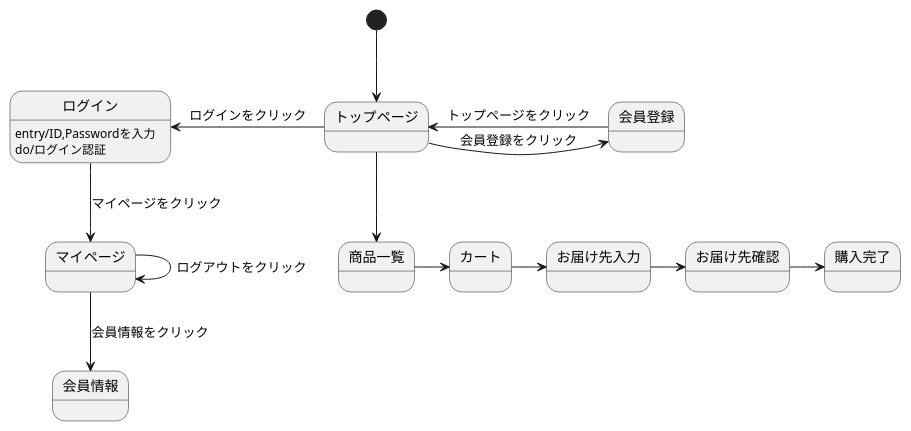
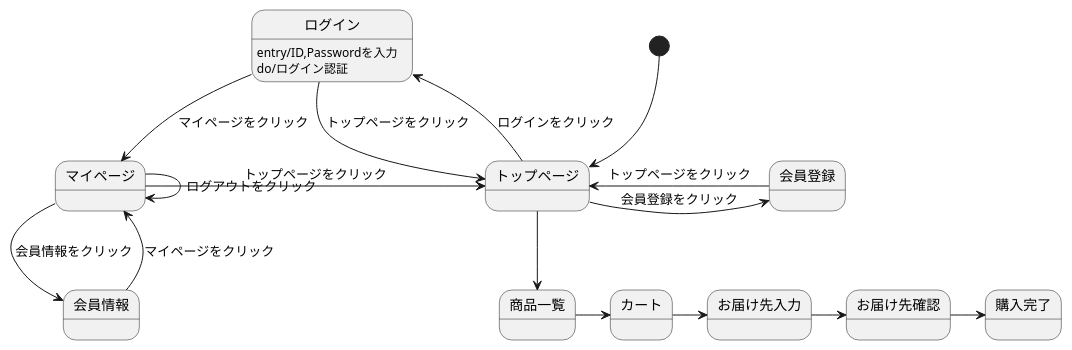
Before and after one commit to Aso2001163/2021sys-design-2: the diagram in stm01.md, drawn with PlantUML.

````diff
--- a/stm01.md
+++ b/stm01.md
@@ -1,18 +1,21 @@
 ```uml
 @startuml
 [*] --> トップページ
 トップページ -> 会員登録 : 会員登録をクリック
 会員登録 -> トップページ : トップページをクリック
 トップページ -left-> ログイン : ログインをクリック
+ログイン -> トップページ : トップページをクリック
 ログイン -down-> マイページ : マイページをクリック
 ログイン:entry/ID,Passwordを入力
 ログイン:do/ログイン認証
 マイページ --> マイページ : ログアウトをクリック
+マイページ -> トップページ : トップページをクリック
 マイページ -down-> 会員情報 : 会員情報をクリック
+会員情報 -> マイページ : マイページをクリック
 トップページ --> 商品一覧
 商品一覧 -> カート
 カート -> お届け先入力
 お届け先入力 -> お届け先確認
 お届け先確認 -> 購入完了
 @enduml
 ```
````
